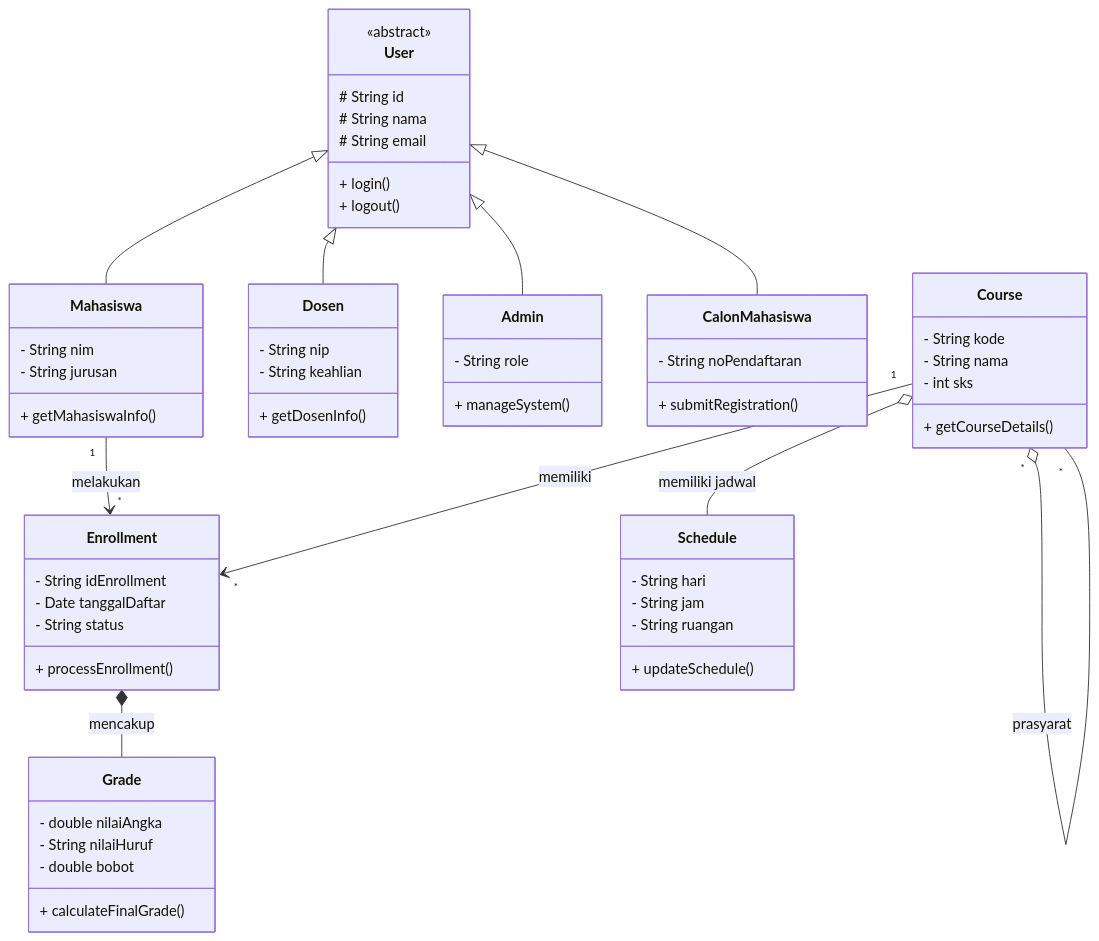
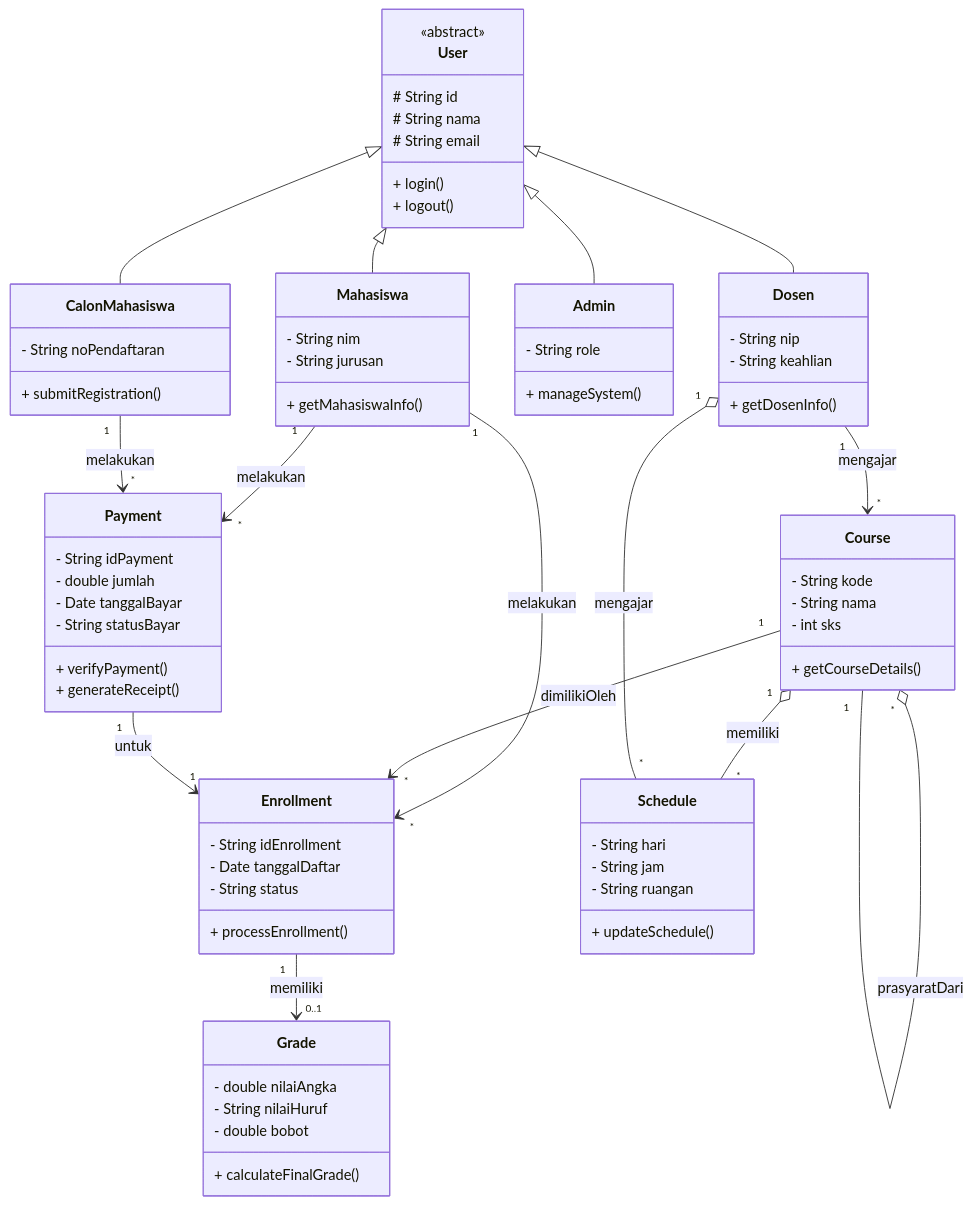
One commit to ghiffari-dev/Sevima-Mini changed the diagram in repo-structure/diagrams/class-diagram.mmd. Above: the diagram before and after it, drawn with Mermaid. The commit also changed 2 other files, not shown here.

Commit message:
Revisi class diagram: tambah Payment, visibility lengkap, multiplicity, perbaiki composition Grade, relasi Dosen-Course/Schedule; tambah AI usage log ke-2 dan ADR

````diff
--- a/repo-structure/diagrams/class-diagram.mmd
+++ b/repo-structure/diagrams/class-diagram.mmd
@@ -2,6 +2,7 @@
 classDiagram
     direction TB
 
+    %% User Hierarchy (Inheritance - lolos uji "is a")
     class User {
         <<abstract>>
         # String id
@@ -33,6 +34,7 @@
         + submitRegistration()
     }
 
+    %% Core Classes
     class Course {
         - String kode
         - String nama
@@ -61,20 +63,35 @@
         + calculateFinalGrade()
     }
 
-    %% Inheritance (Penerapan OCP & LSP)
+    class Payment {
+        - String idPayment
+        - double jumlah
+        - Date tanggalBayar
+        - String statusBayar
+        + verifyPayment()
+        + generateReceipt()
+    }
+
+    %% Inheritance
     User <|-- Mahasiswa
     User <|-- Dosen
     User <|-- Admin
     User <|-- CalonMahasiswa
 
-    %% Aggregation (Relasi Lemah: Jadwal atau Prasyarat bisa eksis terpisah dari Course)
-    Course o-- Schedule : memiliki jadwal
-    Course "*" o-- "*" Course : prasyarat
+    %% Aggregation (relasi lemah)
+    Course "1" o-- "*" Schedule : memiliki
+    Dosen "1" o-- "*" Schedule : mengajar
+    Course "1" o-- "*" Course : prasyaratUntuk
+    Course "*" o-- "1" Course : prasyaratDari
 
-    %% Composition (Relasi Kuat: Grade tidak memiliki siklus hidup mandiri tanpa Enrollment)
-    Enrollment *-- Grade : mencakup
+    %% Association (bukan composition untuk Grade - nilai akademik bersifat permanen)
+    Enrollment "1" --> "0..1" Grade : memiliki
+    Mahasiswa "1" --> "*" Enrollment : melakukan
+    Course "1" --> "*" Enrollment : dimilikiOleh
+    Dosen "1" --> "*" Course : mengajar
 
-    %% Associations
-    Mahasiswa "1" --> "*" Enrollment : melakukan
-    Course "1" --> "*" Enrollment : memiliki
+    %% Payment relationships
+    Mahasiswa "1" --> "*" Payment : melakukan
+    CalonMahasiswa "1" --> "*" Payment : melakukan
+    Payment "1" --> "1" Enrollment : untuk
 ```
````
